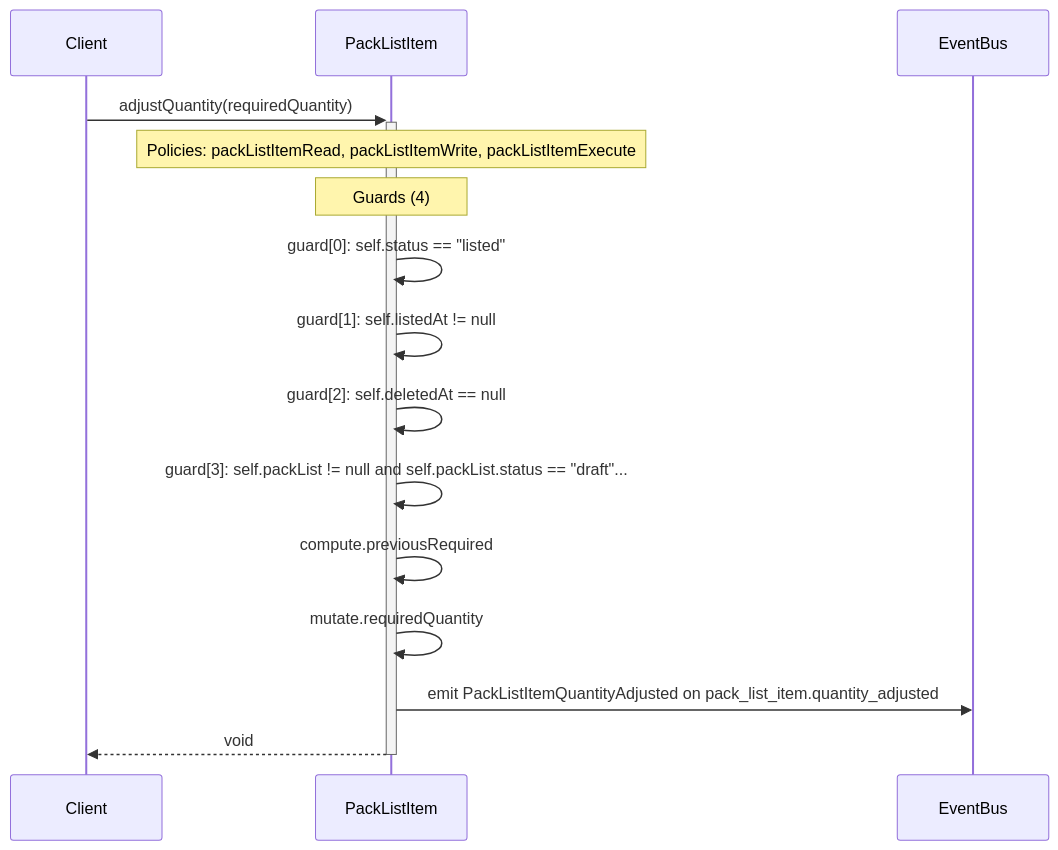
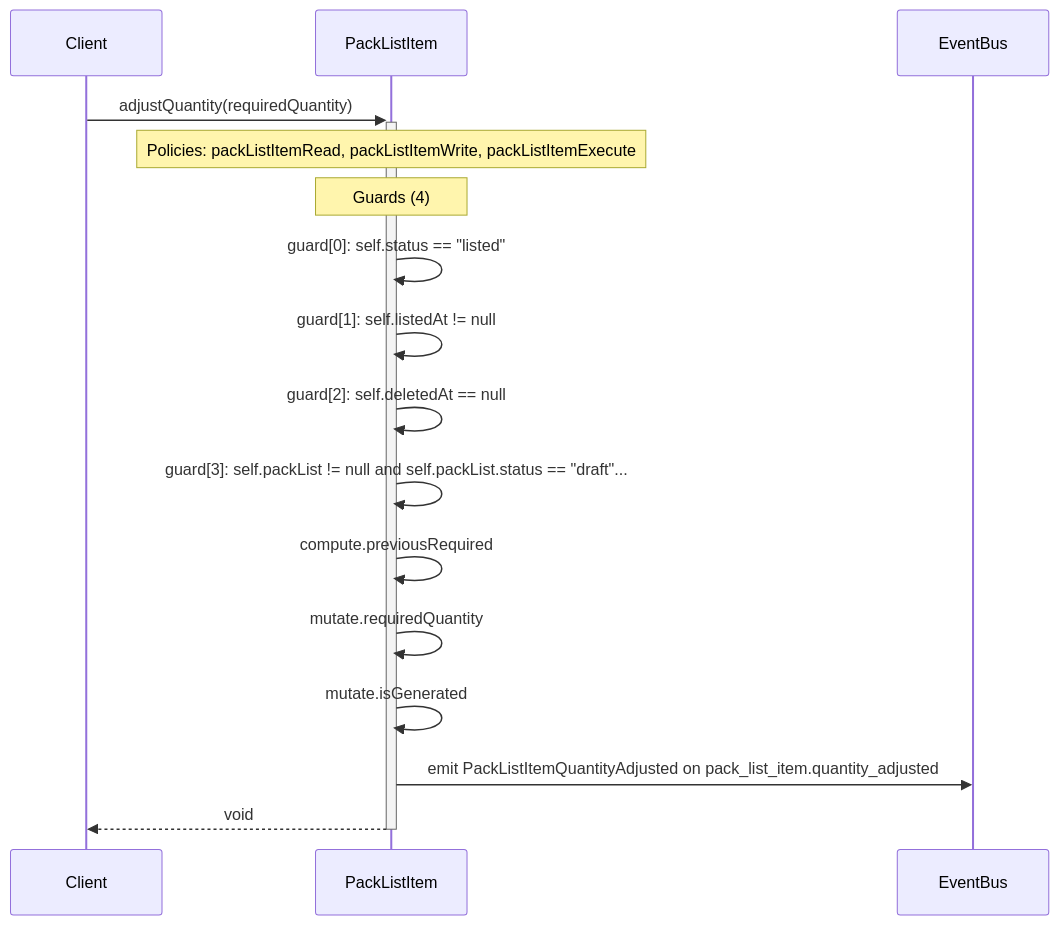
One commit to Angriff36/capsule changed the diagram in diagrams/sequence-PackListItem-adjustQuantity.mmd. Above: the diagram before and after it, drawn with Mermaid. The commit also changed 32 other files, not shown here.

```diff
--- a/diagrams/sequence-PackListItem-adjustQuantity.mmd
+++ b/diagrams/sequence-PackListItem-adjustQuantity.mmd
@@ -1,15 +1,16 @@
 sequenceDiagram
     participant Client
     participant PackListItem as PackListItem
     participant EventBus
     Client->>+PackListItem: adjustQuantity(requiredQuantity)
     Note over PackListItem: Policies: packListItemRead, packListItemWrite, packListItemExecute
     Note over PackListItem: Guards (4)
     PackListItem->>PackListItem: guard[0]: self.status == #quot;listed#quot;
     PackListItem->>PackListItem: guard[1]: self.listedAt != null
     PackListItem->>PackListItem: guard[2]: self.deletedAt == null
     PackListItem->>PackListItem: guard[3]: self.packList != null and self.packList.status == #quot;draft#quot;...
     PackListItem->>PackListItem: compute.previousRequired
     PackListItem->>PackListItem: mutate.requiredQuantity
+    PackListItem->>PackListItem: mutate.isGenerated
     PackListItem->>EventBus: emit PackListItemQuantityAdjusted on pack_list_item.quantity_adjusted
     PackListItem-->>-Client: void
```
